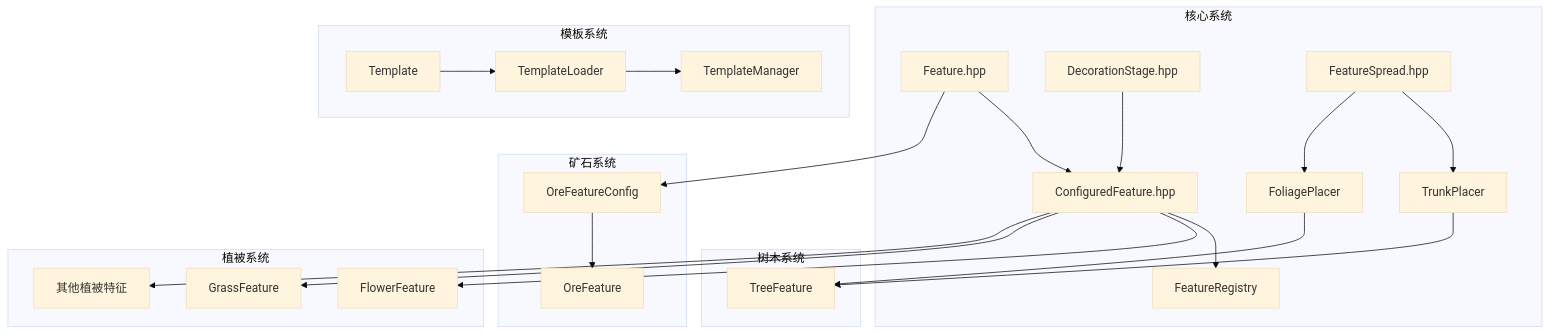
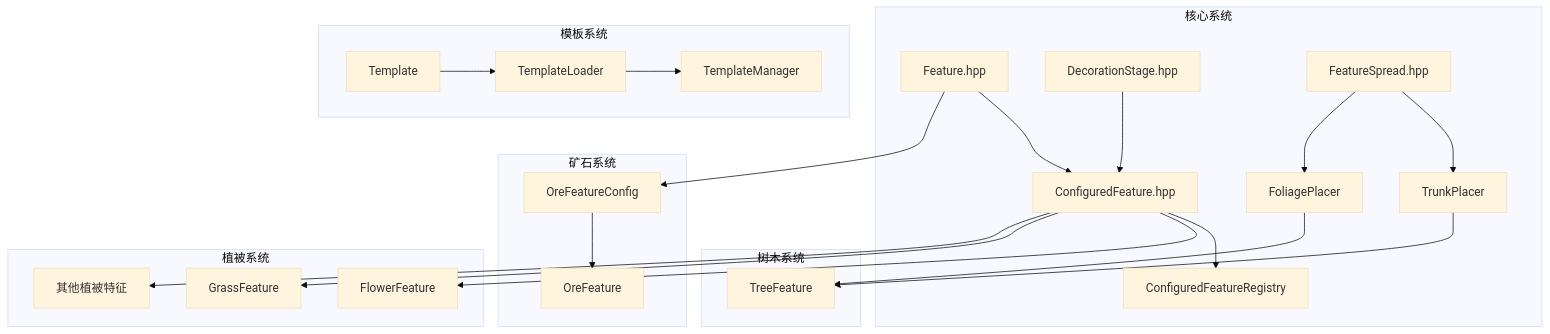
One commit to g122622/Cubium changed the diagram in src/common/world/gen/feature/README.md. Above: the diagram before and after it, drawn with Mermaid (base theme). The commit also changed other lines of this file and 153 other files, not shown here.

````diff
--- a/src/common/world/gen/feature/README.md
+++ b/src/common/world/gen/feature/README.md
@@ -68,31 +66,31 @@
 ```mermaid
 graph TB
     subgraph 核心系统
         A[Feature.hpp] --> B[ConfiguredFeature.hpp]
-        B --> C[FeatureRegistry]
+        B --> C[ConfiguredFeatureRegistry]
         D[DecorationStage.hpp] --> B
         E[FeatureSpread.hpp] --> F[TrunkPlacer]
         E --> G[FoliagePlacer]
     end
 
     subgraph 树木系统
         F --> H[TreeFeature]
         G --> H
     end
 
     subgraph 矿石系统
         A --> I[OreFeatureConfig]
         I --> J[OreFeature]
     end
 
     subgraph 植被系统
         B --> L[FlowerFeature]
         B --> M[GrassFeature]
         B --> N[其他植被特征]
     end
 
     subgraph 模板系统
         R[Template] --> S[TemplateLoader]
         S --> T[TemplateManager]
     end
 ```
````
